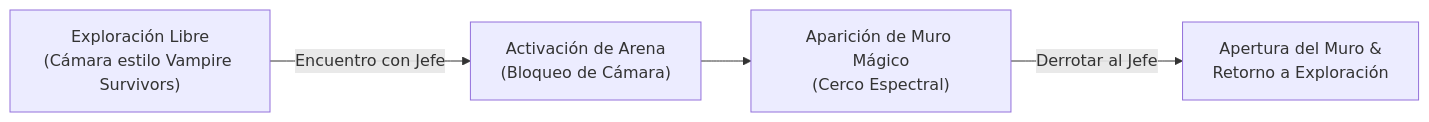
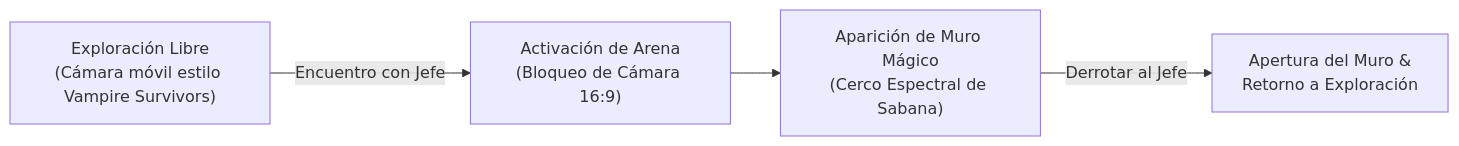
One commit to nicolaslozanoc12/juego-de-lenguajes changed the diagram in Documentacion/Documentacion_tecnica/mecanica_arena_combate_jefe.md. Above: the diagram before and after it, drawn with Mermaid. The commit also changed other lines of this file and 1 other file, not shown here.

Commit message:
docs: anadir boceto conceptual y definir vista Top-Down 2D para la arena de combate

````diff
--- a/Documentacion/Documentacion_tecnica/mecanica_arena_combate_jefe.md
+++ b/Documentacion/Documentacion_tecnica/mecanica_arena_combate_jefe.md
@@ -9,6 +28,6 @@
 ```mermaid
 flowchart LR
-    A["Exploración Libre\n(Cámara estilo Vampire Survivors)"] -->|"Encuentro con Jefe"| B["Activación de Arena\n(Bloqueo de Cámara)"]
-    B --> C["Aparición de Muro Mágico\n(Cerco Espectral)"]
+    A["Exploración Libre\n(Cámara móvil estilo Vampire Survivors)"] -->|"Encuentro con Jefe"| B["Activación de Arena\n(Bloqueo de Cámara 16:9)"]
+    B --> C["Aparición de Muro Mágico\n(Cerco Espectral de Sabana)"]
     C -->|"Derrotar al Jefe"| D["Apertura del Muro &\nRetorno a Exploración"]
 ```
````
